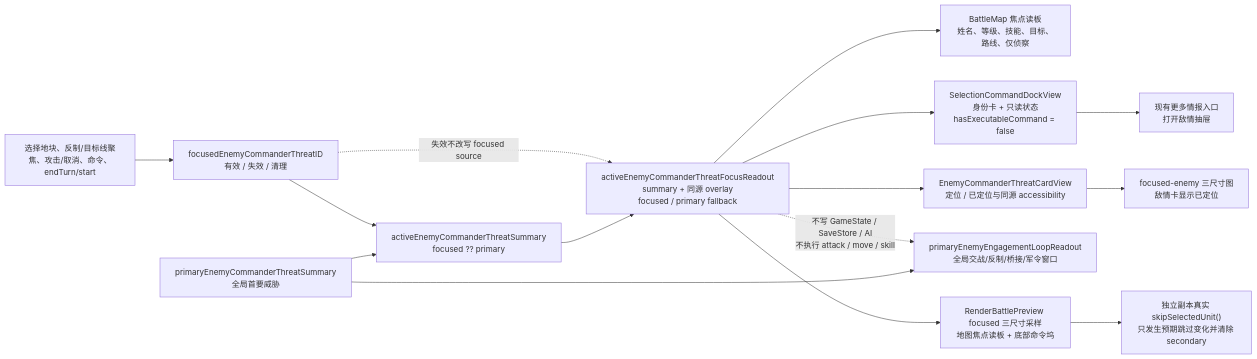
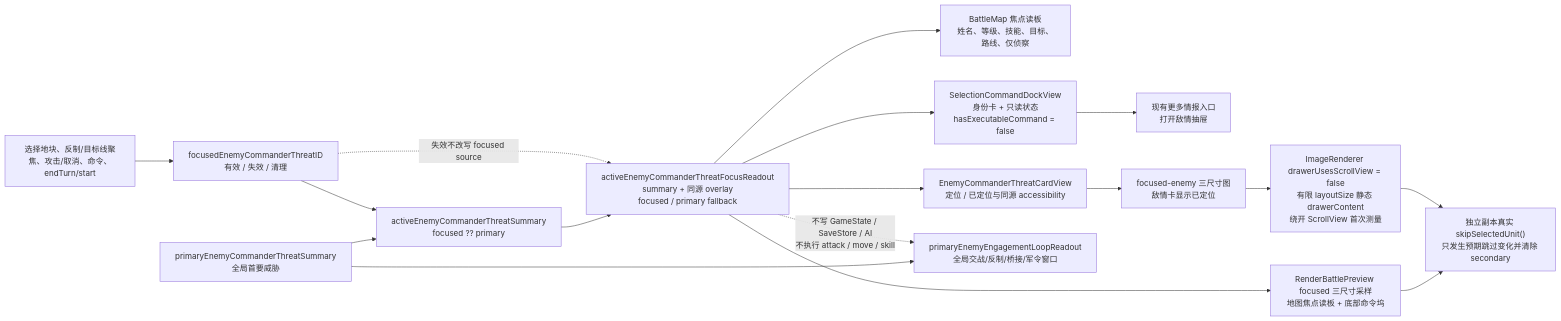
Before and after one commit to Altman-sam114/119: diagram 11 of 11 in md/flow/flowchart.md, drawn with Mermaid. The commit also changed 7 other files, not shown here.

````diff
--- a/md/flow/flowchart.md
+++ b/md/flow/flowchart.md
@@ -402,17 +402,19 @@
 ```mermaid
 flowchart LR
     P["primaryEnemyCommanderThreatSummary<br/>全局首要威胁"] --> A["activeEnemyCommanderThreatSummary<br/>focused ?? primary"]
     F["focusedEnemyCommanderThreatID<br/>有效 / 失效 / 清理"] --> A
     A --> R["activeEnemyCommanderThreatFocusReadout<br/>summary + 同源 overlay<br/>focused / primary fallback"]
     R --> M["BattleMap 焦点读板<br/>姓名、等级、技能、目标、路线、仅侦察"]
     R --> D["SelectionCommandDockView<br/>身份卡 + 只读状态<br/>hasExecutableCommand = false"]
     R --> C["EnemyCommanderThreatCardView<br/>定位 / 已定位与同源 accessibility"]
     D --> I["现有更多情报入口<br/>打开敌情抽屉"]
     S["选择地块、反制/目标线聚焦、攻击/取消、命令、endTurn/start"] --> F
     P --> G["primaryEnemyEngagementLoopReadout<br/>全局交战/反制/桥接/军令窗口"]
     F -.->|失效不改写 focused source| R
     R -.->|不写 GameState / SaveStore / AI<br/>不执行 attack / move / skill| G
     R --> V["RenderBattlePreview focused 三尺寸采样<br/>地图焦点读板 + 底部命令坞"]
     C --> W["focused-enemy 三尺寸图<br/>敌情卡显示已定位"]
+    W --> L["ImageRenderer drawerUsesScrollView = false<br/>有限 layoutSize 静态 drawerContent<br/>绕开 ScrollView 首次测量"]
     V --> X["独立副本真实 skipSelectedUnit()<br/>只发生预期跳过变化并清除 secondary"]
+    L --> X
 ```
````
